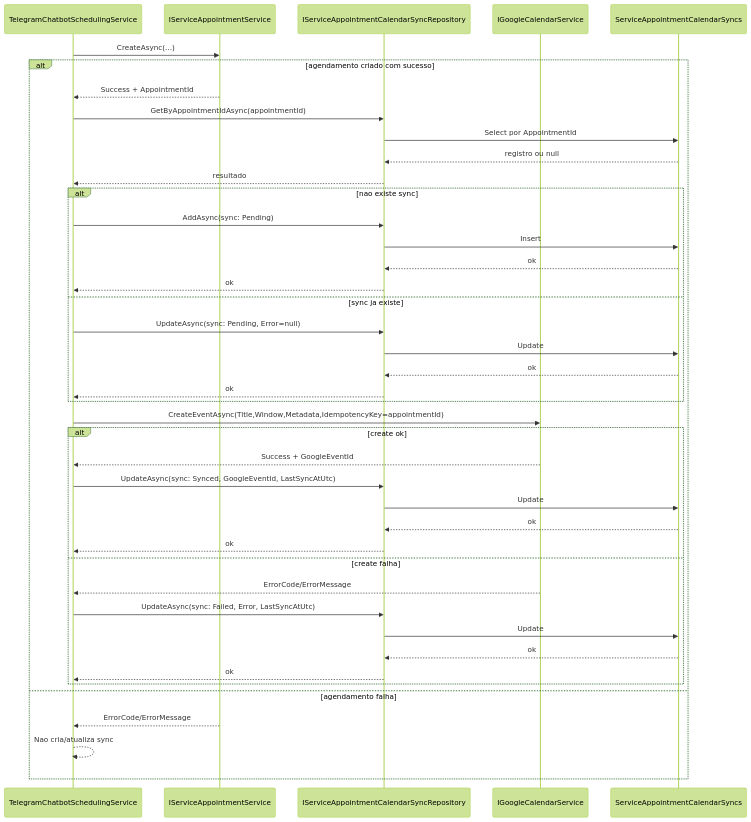
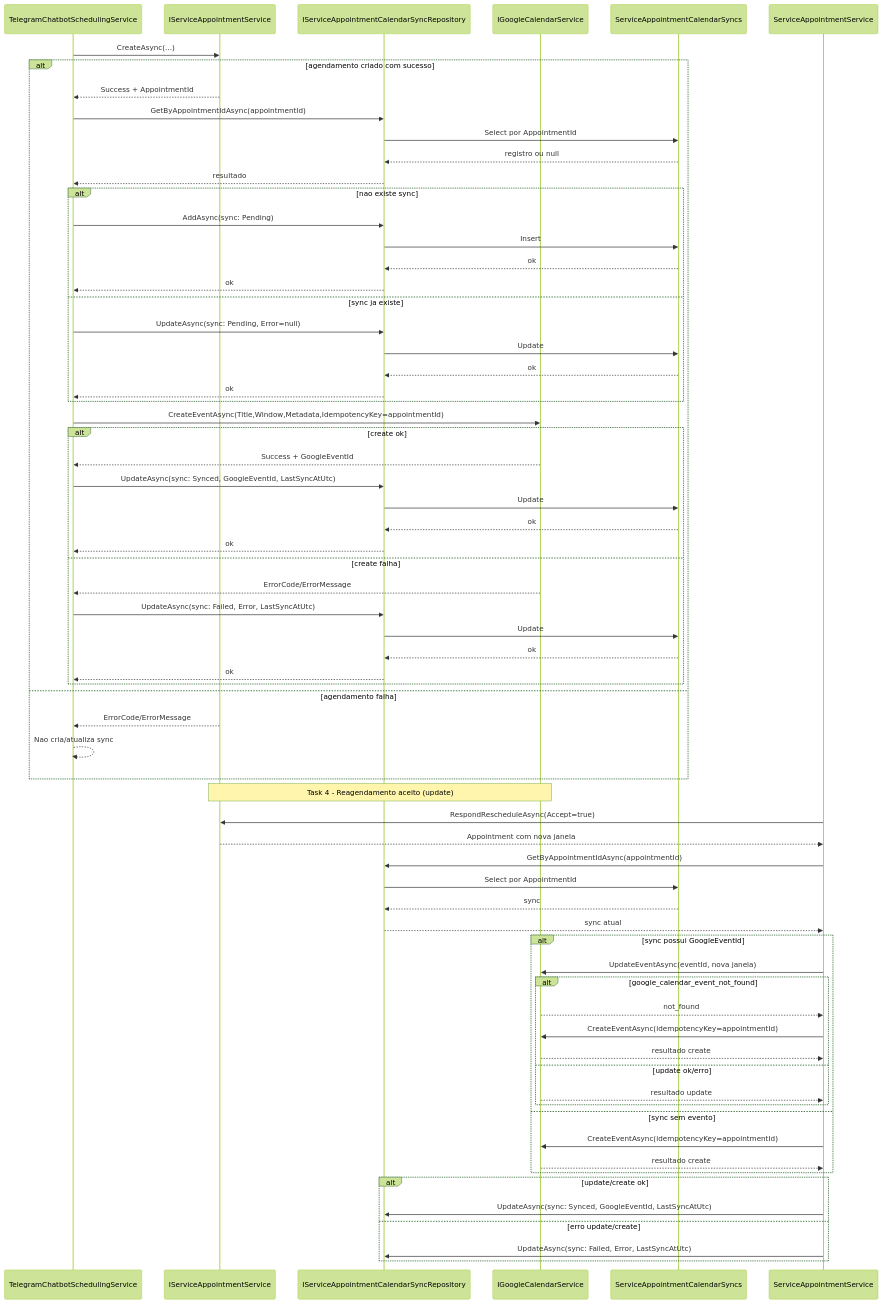
One commit to leonardomendes201704/ConsertaPraMim changed the diagram in Documentacao/DIAGRAMAS/REALTIME_PRESENCA_CHAT/ST-012-sync-agendamento-google-calendar/sequencia-sync-agendamento-google-calendar.mmd. Above: the diagram before and after it, drawn with Mermaid (forest theme). The commit also changed 7 other files, not shown here.

Commit message:
feat(st-012): atualizar evento google em reagendamento aceito

```diff
--- a/Documentacao/DIAGRAMAS/REALTIME_PRESENCA_CHAT/ST-012-sync-agendamento-google-calendar/sequencia-sync-agendamento-google-calendar.mmd
+++ b/Documentacao/DIAGRAMAS/REALTIME_PRESENCA_CHAT/ST-012-sync-agendamento-google-calendar/sequencia-sync-agendamento-google-calendar.mmd
@@ -1,45 +1,74 @@
 sequenceDiagram
     participant App as TelegramChatbotSchedulingService
     participant Appointment as IServiceAppointmentService
     participant Repo as IServiceAppointmentCalendarSyncRepository
     participant GCal as IGoogleCalendarService
     participant Db as ServiceAppointmentCalendarSyncs
 
     App->>Appointment: CreateAsync(...)
     alt agendamento criado com sucesso
         Appointment-->>App: Success + AppointmentId
         App->>Repo: GetByAppointmentIdAsync(appointmentId)
         Repo->>Db: Select por AppointmentId
         Db-->>Repo: registro ou null
         Repo-->>App: resultado
 
         alt nao existe sync
             App->>Repo: AddAsync(sync: Pending)
             Repo->>Db: Insert
             Db-->>Repo: ok
             Repo-->>App: ok
         else sync ja existe
             App->>Repo: UpdateAsync(sync: Pending, Error=null)
             Repo->>Db: Update
             Db-->>Repo: ok
             Repo-->>App: ok
         end
 
         App->>GCal: CreateEventAsync(Title,Window,Metadata,IdempotencyKey=appointmentId)
         alt create ok
             GCal-->>App: Success + GoogleEventId
             App->>Repo: UpdateAsync(sync: Synced, GoogleEventId, LastSyncAtUtc)
             Repo->>Db: Update
             Db-->>Repo: ok
             Repo-->>App: ok
         else create falha
             GCal-->>App: ErrorCode/ErrorMessage
             App->>Repo: UpdateAsync(sync: Failed, Error, LastSyncAtUtc)
             Repo->>Db: Update
             Db-->>Repo: ok
             Repo-->>App: ok
         end
     else agendamento falha
         Appointment-->>App: ErrorCode/ErrorMessage
         App-->>App: Nao cria/atualiza sync
     end
+
+    Note over Appointment,GCal: Task 4 - Reagendamento aceito (update)
+    participant Scheduling as ServiceAppointmentService
+    Scheduling->>Appointment: RespondRescheduleAsync(Accept=true)
+    Appointment-->>Scheduling: Appointment com nova janela
+    Scheduling->>Repo: GetByAppointmentIdAsync(appointmentId)
+    Repo->>Db: Select por AppointmentId
+    Db-->>Repo: sync
+    Repo-->>Scheduling: sync atual
+
+    alt sync possui GoogleEventId
+        Scheduling->>GCal: UpdateEventAsync(eventId, nova janela)
+        alt google_calendar_event_not_found
+            GCal-->>Scheduling: not_found
+            Scheduling->>GCal: CreateEventAsync(idempotencyKey=appointmentId)
+            GCal-->>Scheduling: resultado create
+        else update ok/erro
+            GCal-->>Scheduling: resultado update
+        end
+    else sync sem evento
+        Scheduling->>GCal: CreateEventAsync(idempotencyKey=appointmentId)
+        GCal-->>Scheduling: resultado create
+    end
+
+    alt update/create ok
+        Scheduling->>Repo: UpdateAsync(sync: Synced, GoogleEventId, LastSyncAtUtc)
+    else erro update/create
+        Scheduling->>Repo: UpdateAsync(sync: Failed, Error, LastSyncAtUtc)
+    end
```
